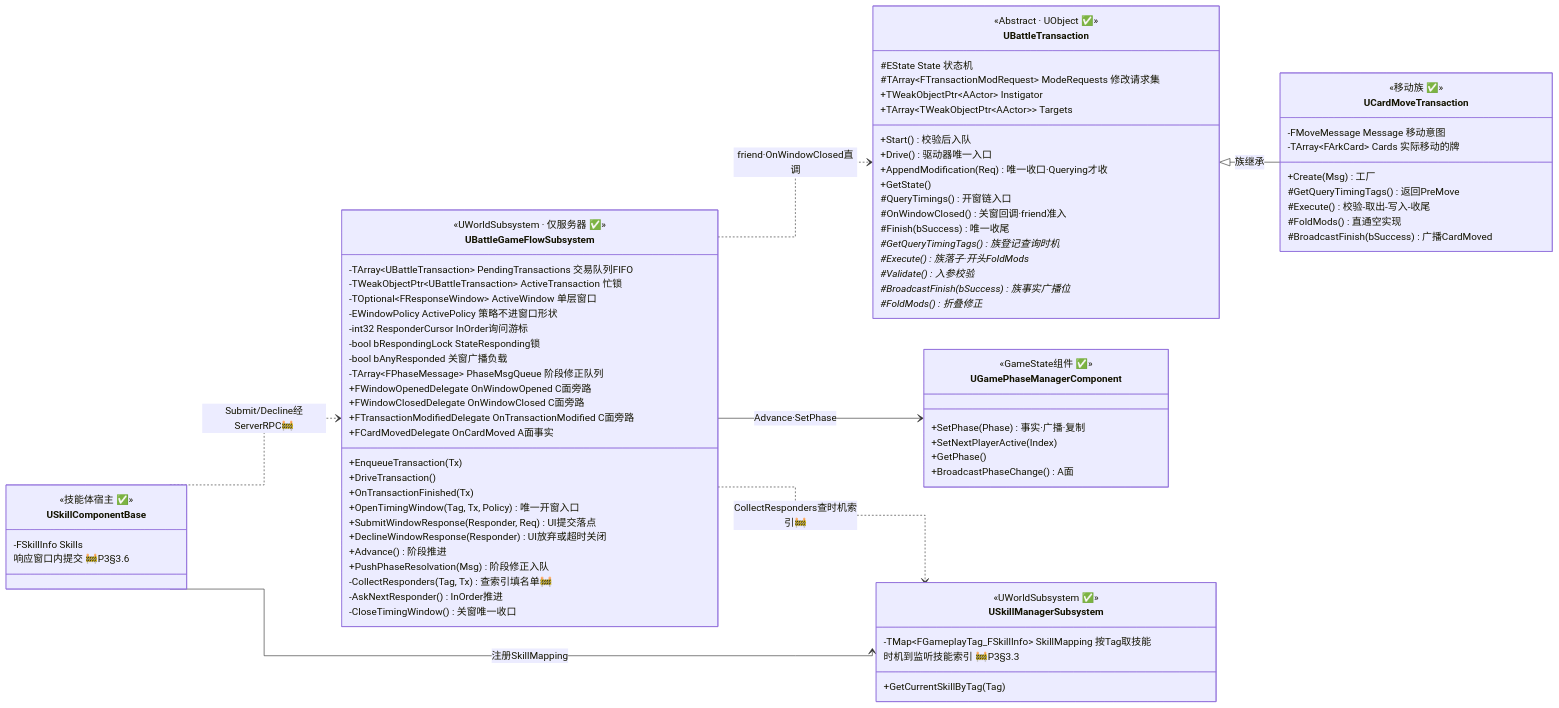
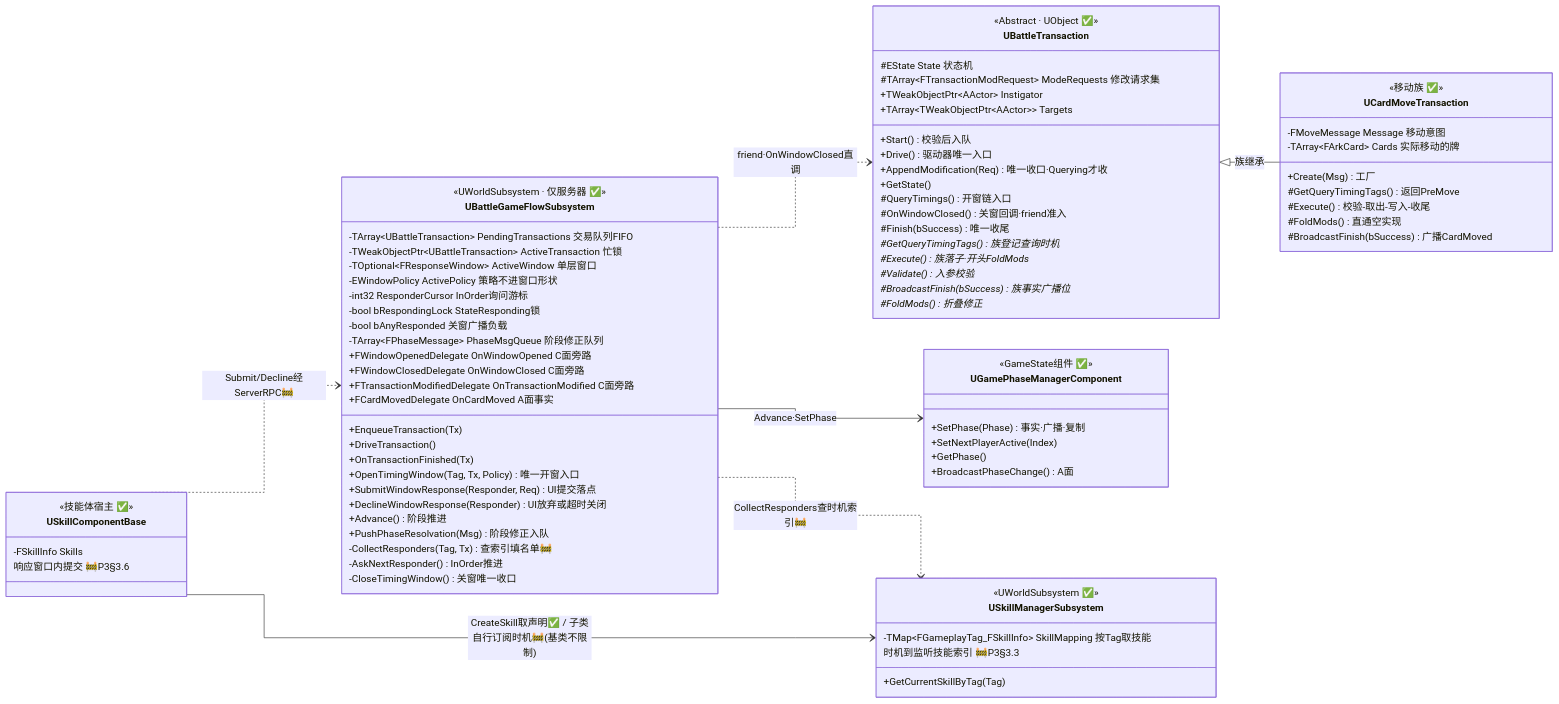
The first of 6 diagrams in Docs/02-阶段性任务/P3-架构图集.md (Fyammetta/ArkWars), drawn with Mermaid before and after one commit. The commit also changed other lines of this file and 17 other files, not shown here.

Commit message:
更新交易族UML图以及P3进度推进

````diff
--- a/Docs/02-阶段性任务/P3-架构图集.md
+++ b/Docs/02-阶段性任务/P3-架构图集.md
@@ -101,6 +101,6 @@
 
     %% 协作组件（主轴上方一字排开）
     UBattleGameFlowSubsystem --> UGamePhaseManagerComponent : Advance·SetPhase
-    USkillComponentBase --> USkillManagerSubsystem : 注册SkillMapping
+    USkillComponentBase --> USkillManagerSubsystem : CreateSkill取声明✅ / 子类自行订阅时机🚧(基类不限制)
     UBattleGameFlowSubsystem ..> USkillManagerSubsystem : CollectResponders查时机索引🚧
 ```
````
